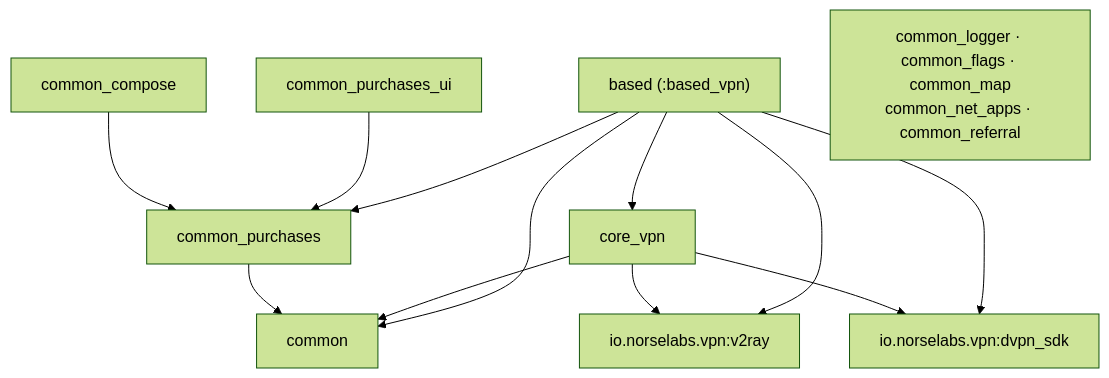
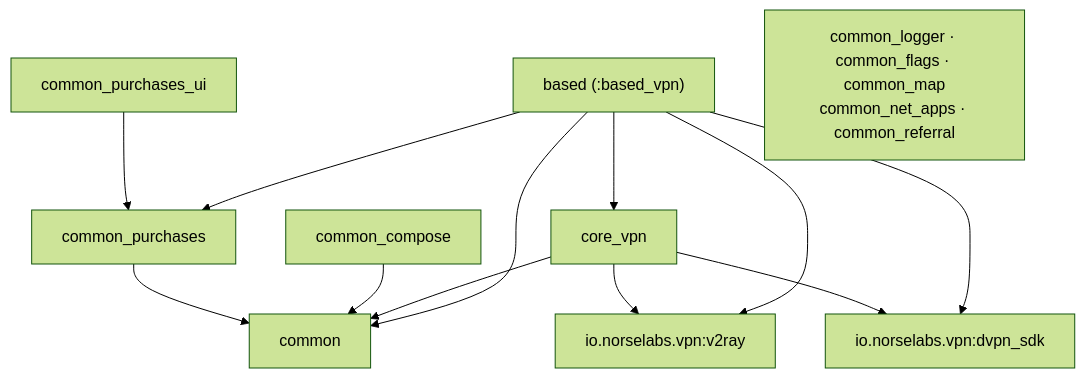
The diagram in docs/architecture.md (basedapps/based-vpn-android), drawn with Mermaid (forest theme) before and after one commit. The commit also changed 16 other files, not shown here.

````diff
--- a/docs/architecture.md
+++ b/docs/architecture.md
@@ -10,24 +10,24 @@
 ```mermaid
 graph TD
     BASED["based (:based_vpn)"]
     CORE["core_vpn"]
     CPUI["common_purchases_ui"]
     CCOMPOSE["common_compose"]
     CPUR["common_purchases"]
     COMMON["common"]
     LEAF["common_logger · common_flags · common_map<br/>common_net_apps · common_referral"]
     V2RAY["io.norselabs.vpn:v2ray"]
     SDK["io.norselabs.vpn:dvpn_sdk"]
 
     BASED --> CORE
     BASED --> CPUR
     BASED --> COMMON
     BASED --> V2RAY
     BASED --> SDK
     CORE --> COMMON
     CORE --> V2RAY
     CORE --> SDK
     CPUI --> CPUR
-    CCOMPOSE --> CPUR
+    CCOMPOSE --> COMMON
     CPUR --> COMMON
 ```
````
